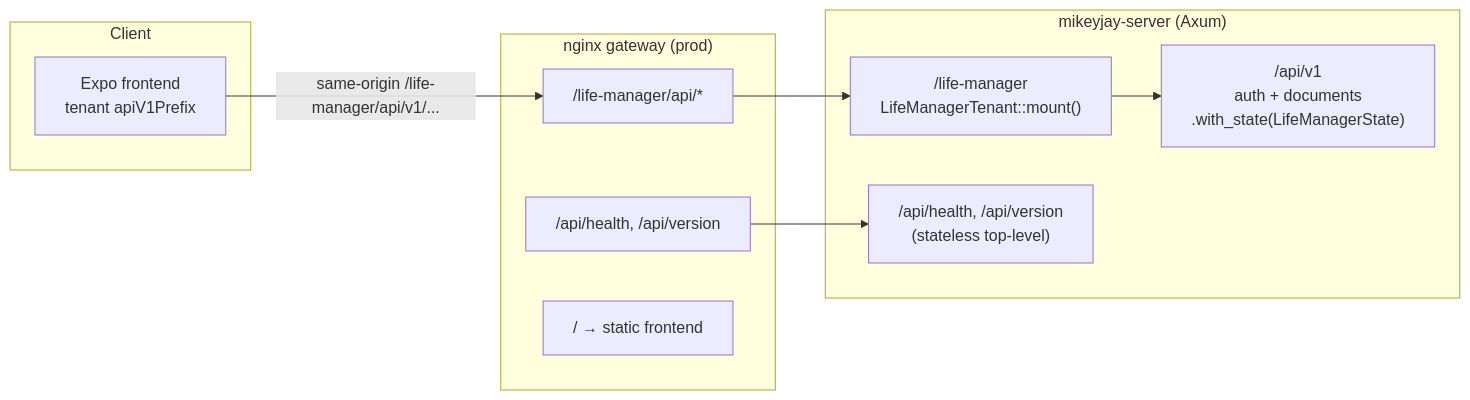
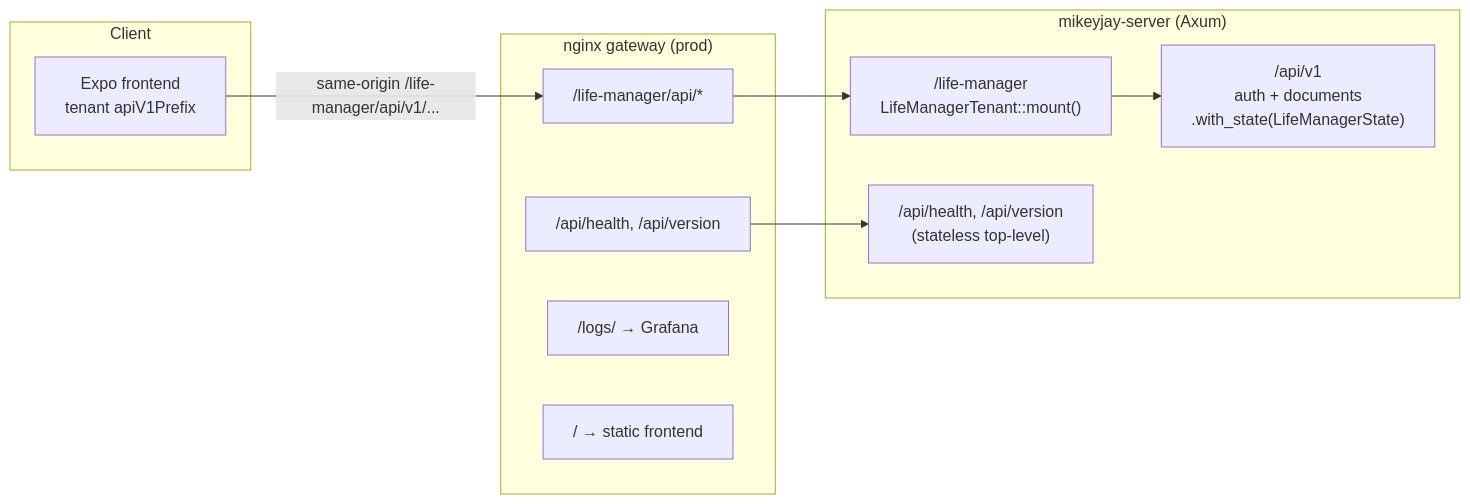
One commit to mikeyjay39/life-manager changed the second of 5 diagrams in docs/architecture.md. Above: the diagram before and after it, drawn with Mermaid. The commit also changed other lines of this file and 6 other files, not shown here.

````diff
--- a/docs/architecture.md
+++ b/docs/architecture.md
@@ -45,22 +45,23 @@
 ```mermaid
 flowchart LR
   subgraph client["Client"]
     fe["Expo frontend\ntenant apiV1Prefix"]
   end
 
   subgraph gateway["nginx gateway (prod)"]
     loc1["/life-manager/api/*"]
     loc2["/api/health, /api/version"]
-    loc3["/ → static frontend"]
+    loc3["/logs/ → Grafana"]
+    loc4["/ → static frontend"]
   end
 
   subgraph server["mikeyjay-server (Axum)"]
     r1["/life-manager\nLifeManagerTenant::mount()"]
     r2["/api/v1\nauth + documents\n.with_state(LifeManagerState)"]
     r3["/api/health, /api/version\n(stateless top-level)"]
   end
 
   fe -->|"same-origin /life-manager/api/v1/..."| loc1
   loc1 --> r1 --> r2
   loc2 --> r3
 ```
````
